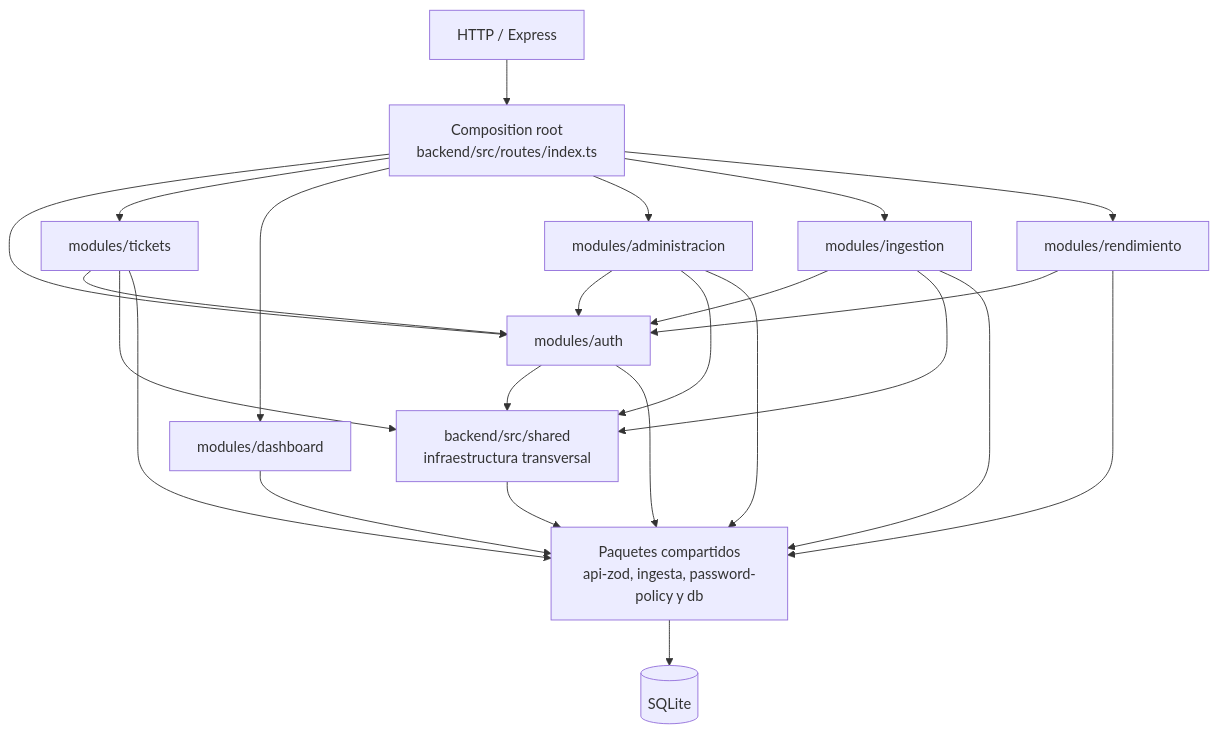
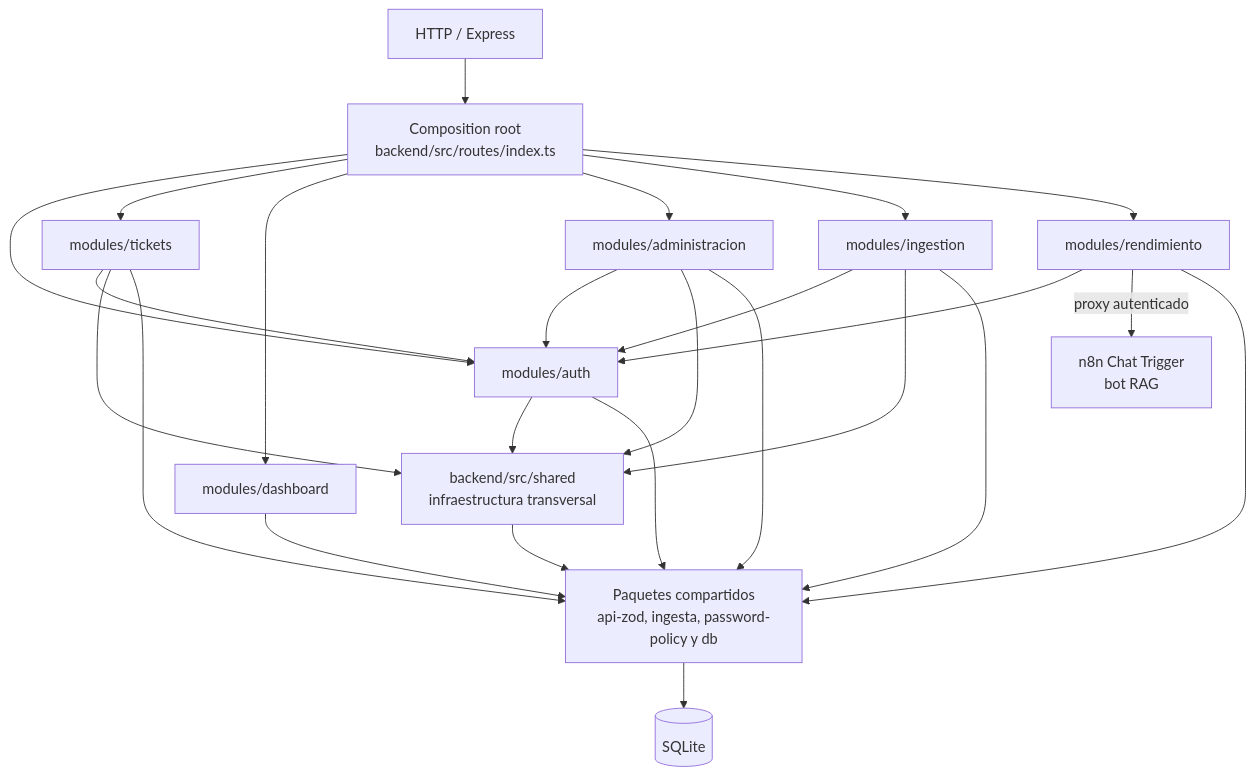
The second of 14 diagrams in docs/ARQUITECTURA.MD (marianoLaclau/ticketsAdmin), drawn with Mermaid before and after one commit. The commit also changed other lines of this file and 3 other files, not shown here.

````diff
--- a/docs/ARQUITECTURA.MD
+++ b/docs/ARQUITECTURA.MD
@@ -47,38 +49,40 @@
 ```mermaid
 flowchart TB
     http[HTTP / Express]
     composition[Composition root<br/>backend/src/routes/index.ts]
     auth[modules/auth]
     tickets[modules/tickets]
     dashboard[modules/dashboard]
     admin[modules/administracion]
     ingestion[modules/ingestion]
     performance[modules/rendimiento]
     backendShared[backend/src/shared<br/>infraestructura transversal]
     workspace[Paquetes compartidos<br/>api-zod, ingesta, password-policy y db]
     sqlite[(SQLite)]
+    rag[n8n Chat Trigger<br/>bot RAG]
 
     http --> composition
     composition --> auth
     composition --> tickets
     composition --> dashboard
     composition --> admin
     composition --> ingestion
     composition --> performance
     tickets --> auth
     admin --> auth
     ingestion --> auth
     performance --> auth
     auth --> backendShared
     tickets --> backendShared
     admin --> backendShared
     ingestion --> backendShared
+    performance -->|proxy autenticado| rag
     auth --> workspace
     tickets --> workspace
     dashboard --> workspace
     admin --> workspace
     ingestion --> workspace
     performance --> workspace
     backendShared --> workspace
     workspace --> sqlite
 ```
````
